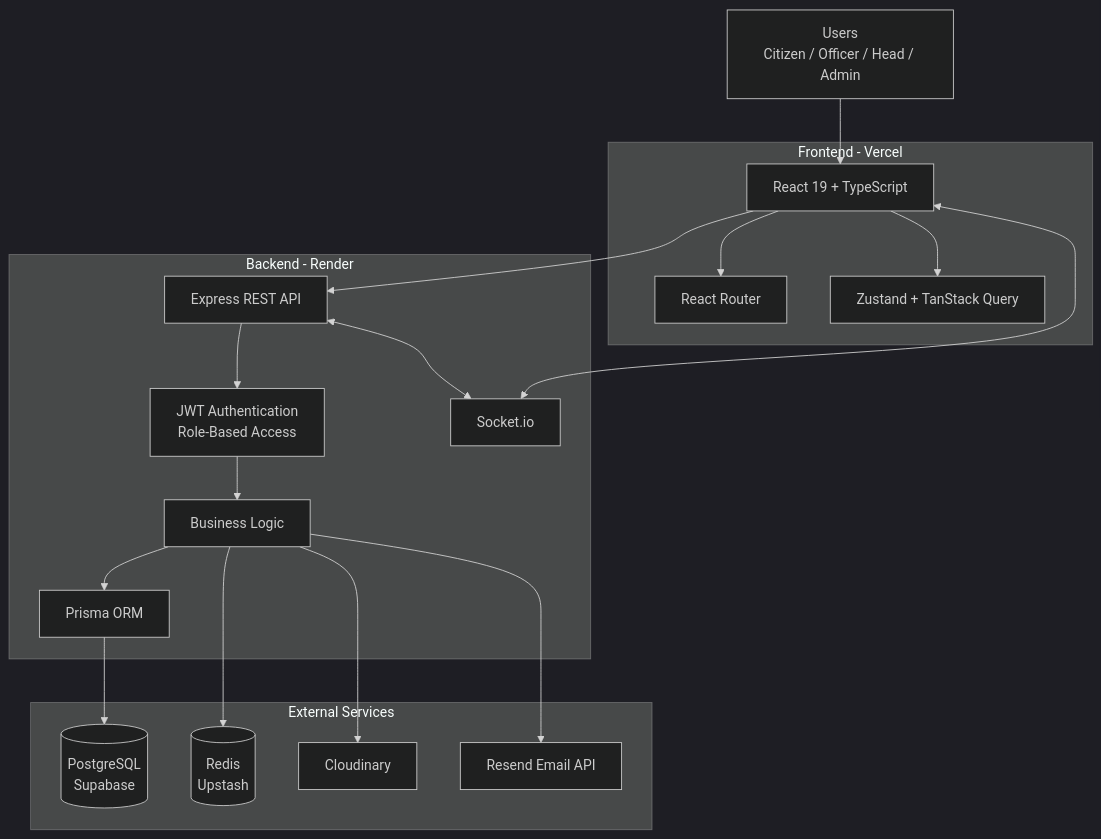
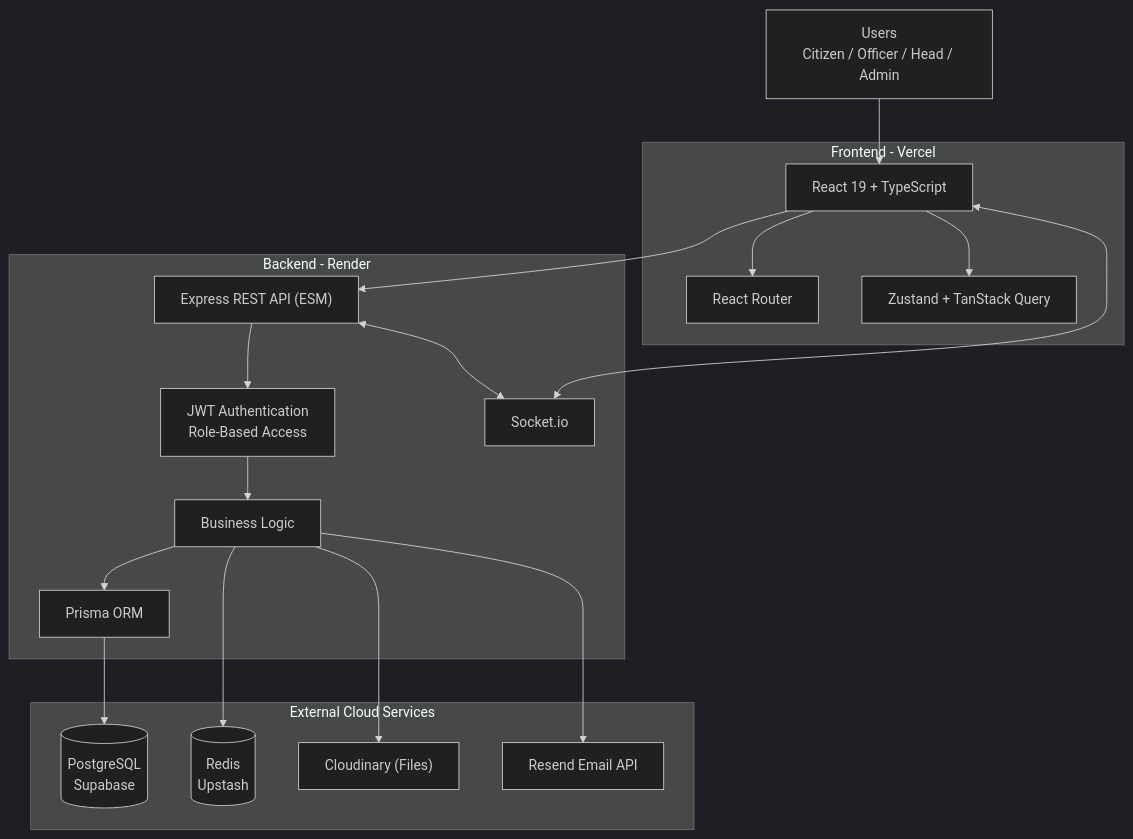
Before and after one commit to Somaiyanoori/egov_portal: the diagram in README.md, drawn with Mermaid (dark theme). The commit also changed other lines of this file, not shown here.

````diff
--- a/README.md
+++ b/README.md
@@ -183,39 +170,39 @@
 ```mermaid
 flowchart TB
     User["Users<br/>Citizen / Officer / Head / Admin"]
 
     subgraph Frontend["Frontend - Vercel"]
         React["React 19 + TypeScript"]
         Router["React Router"]
         State["Zustand + TanStack Query"]
     end
 
     subgraph Backend["Backend - Render"]
-        API["Express REST API"]
+        API["Express REST API (ESM)"]
         Auth["JWT Authentication<br/>Role-Based Access"]
         Services["Business Logic"]
         Realtime["Socket.io"]
         Prisma["Prisma ORM"]
     end
 
-    subgraph Infrastructure["External Services"]
+    subgraph Infrastructure["External Cloud Services"]
         DB[("PostgreSQL<br/>Supabase")]
         Redis[("Redis<br/>Upstash")]
-        Cloudinary["Cloudinary"]
+        Cloudinary["Cloudinary (Files)"]
         Email["Resend Email API"]
     end
 
     User --> React
     React --> Router
     React --> State
     React --> API
     API --> Auth
     Auth --> Services
     Services --> Prisma
     Prisma --> DB
     Services --> Redis
     Services --> Cloudinary
     Services --> Email
     API <--> Realtime
     Realtime <--> React
 ```
````
